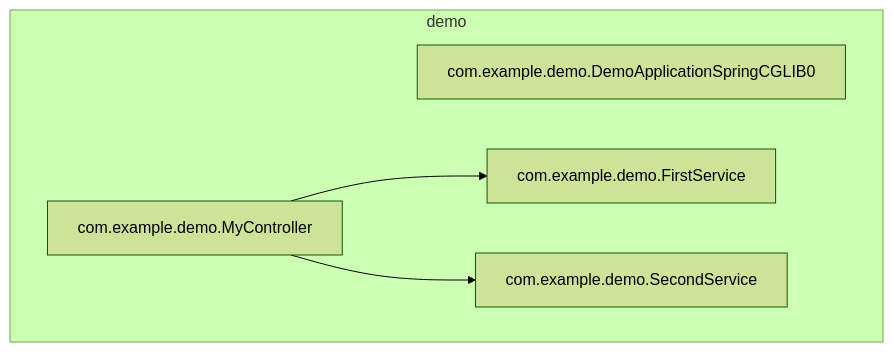
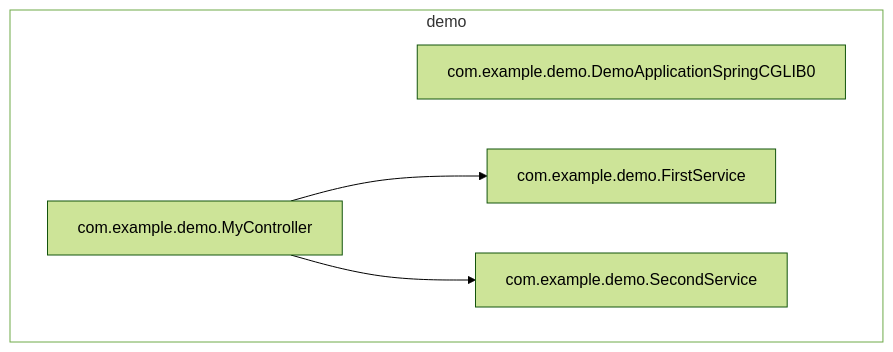
One commit to rudsvar/mermaid-beans changed the diagram in README.md. Above: the diagram before and after it, drawn with Mermaid (forest theme). The commit also changed 1 other file, not shown here.

Commit message:
Make subgraph transparent

````diff
--- a/README.md
+++ b/README.md
@@ -5,11 +5,13 @@
 ```mermaid
 graph TD;
+classDef transparent fill:#0000
 subgraph demo
     demoApplication["com.example.demo.DemoApplicationSpringCGLIB0"]
     firstService["com.example.demo.FirstService"]
     myController["com.example.demo.MyController"]
     myController --> firstService
     myController --> secondService
     secondService["com.example.demo.SecondService"]
 end
+class demo transparent
 ```
````
